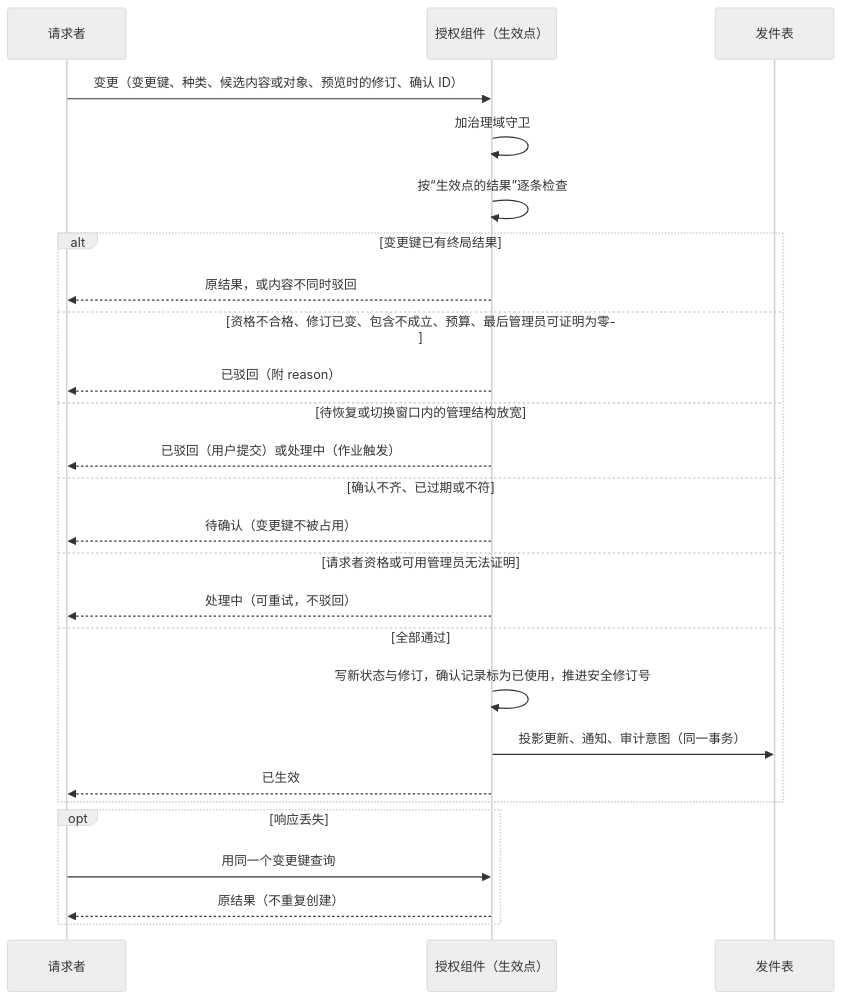
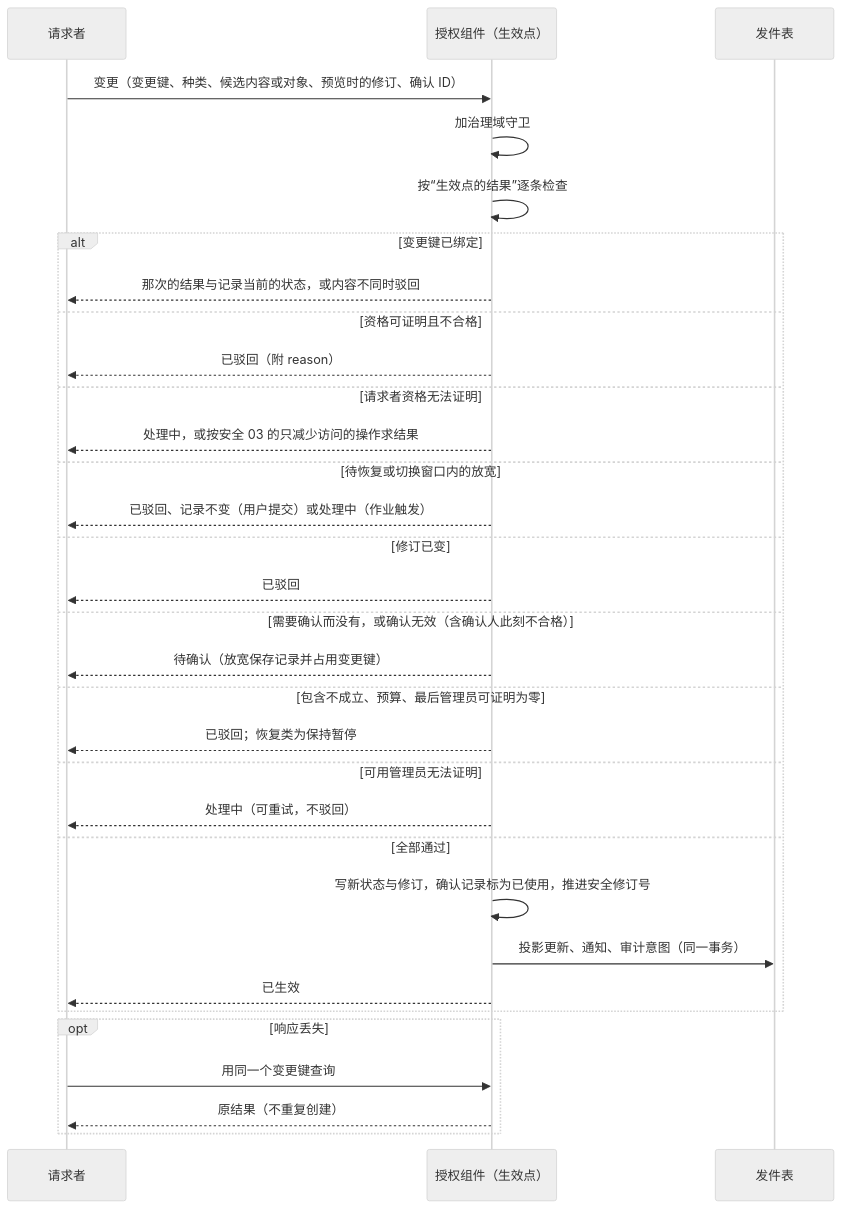
The first of 2 diagrams in tempDocs/final/06-protocols/security/08-state-and-change-protocol.md (brickKit/be-assembly-standard), drawn with Mermaid (neutral theme) before and after one commit. The commit also changed other lines of this file and 12 other files, not shown here.

````diff
--- a/tempDocs/final/06-protocols/security/08-state-and-change-protocol.md
+++ b/tempDocs/final/06-protocols/security/08-state-and-change-protocol.md
@@ -166,28 +171,34 @@
 ```mermaid
 sequenceDiagram
     participant R as 请求者
     participant Z as 授权组件（生效点）
     participant O as 发件表
     R->>Z: 变更（变更键、种类、候选内容或对象、预览时的修订、确认 ID）
     Z->>Z: 加治理域守卫
     Z->>Z: 按“生效点的结果”逐条检查
-    alt 变更键已有终局结果
-        Z-->>R: 原结果，或内容不同时驳回
-    else 资格不合格、修订已变、包含不成立、预算、最后管理员可证明为零
+    alt 变更键已绑定
+        Z-->>R: 那次的结果与记录当前的状态，或内容不同时驳回
+    else 资格可证明且不合格
         Z-->>R: 已驳回（附 reason）
-    else 待恢复或切换窗口内的管理结构放宽
-        Z-->>R: 已驳回（用户提交）或处理中（作业触发）
-    else 确认不齐、已过期或不符
-        Z-->>R: 待确认（变更键不被占用）
-    else 请求者资格或可用管理员无法证明
+    else 请求者资格无法证明
+        Z-->>R: 处理中，或按安全 03 的只减少访问的操作求结果
+    else 待恢复或切换窗口内的放宽
+        Z-->>R: 已驳回、记录不变（用户提交）或处理中（作业触发）
+    else 修订已变
+        Z-->>R: 已驳回
+    else 需要确认而没有，或确认无效（含确认人此刻不合格）
+        Z-->>R: 待确认（放宽保存记录并占用变更键）
+    else 包含不成立、预算、最后管理员可证明为零
+        Z-->>R: 已驳回；恢复类为保持暂停
+    else 可用管理员无法证明
         Z-->>R: 处理中（可重试，不驳回）
     else 全部通过
         Z->>Z: 写新状态与修订，确认记录标为已使用，推进安全修订号
         Z->>O: 投影更新、通知、审计意图（同一事务）
         Z-->>R: 已生效
     end
     opt 响应丢失
         R->>Z: 用同一个变更键查询
         Z-->>R: 原结果（不重复创建）
     end
 ```
````
